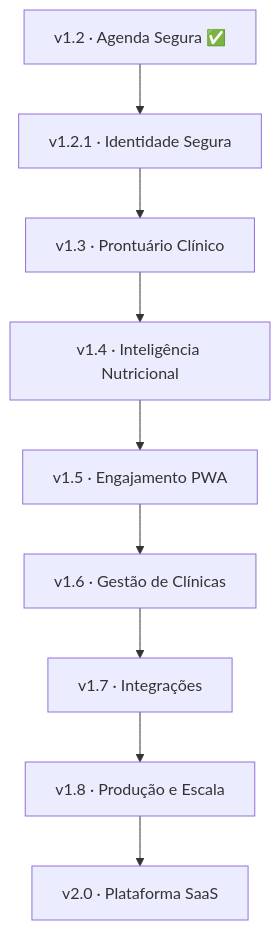
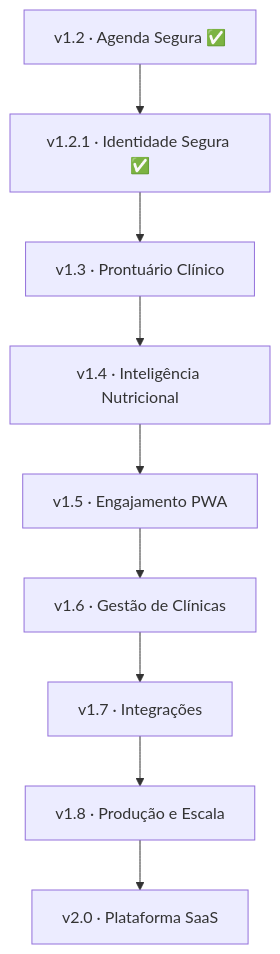
One commit to ricardogomesbarreto/Nexus-Nutra changed the diagram in ROADMAP.md. Above: the diagram before and after it, drawn with Mermaid. The commit also changed other lines of this file and 21 other files, not shown here.

```diff
--- a/ROADMAP.md
+++ b/ROADMAP.md
@@ -51,11 +51,11 @@
 ~~~mermaid
 flowchart TD
-    A["v1.2 · Agenda Segura ✅"] --> S["v1.2.1 · Identidade Segura"]
+    A["v1.2 · Agenda Segura ✅"] --> S["v1.2.1 · Identidade Segura ✅"]
     S --> B["v1.3 · Prontuário Clínico"]
     B --> C["v1.4 · Inteligência Nutricional"]
     C --> D["v1.5 · Engajamento PWA"]
     D --> E["v1.6 · Gestão de Clínicas"]
     E --> F["v1.7 · Integrações"]
     F --> G["v1.8 · Produção e Escala"]
     G --> H["v2.0 · Plataforma SaaS"]
 ~~~
```
